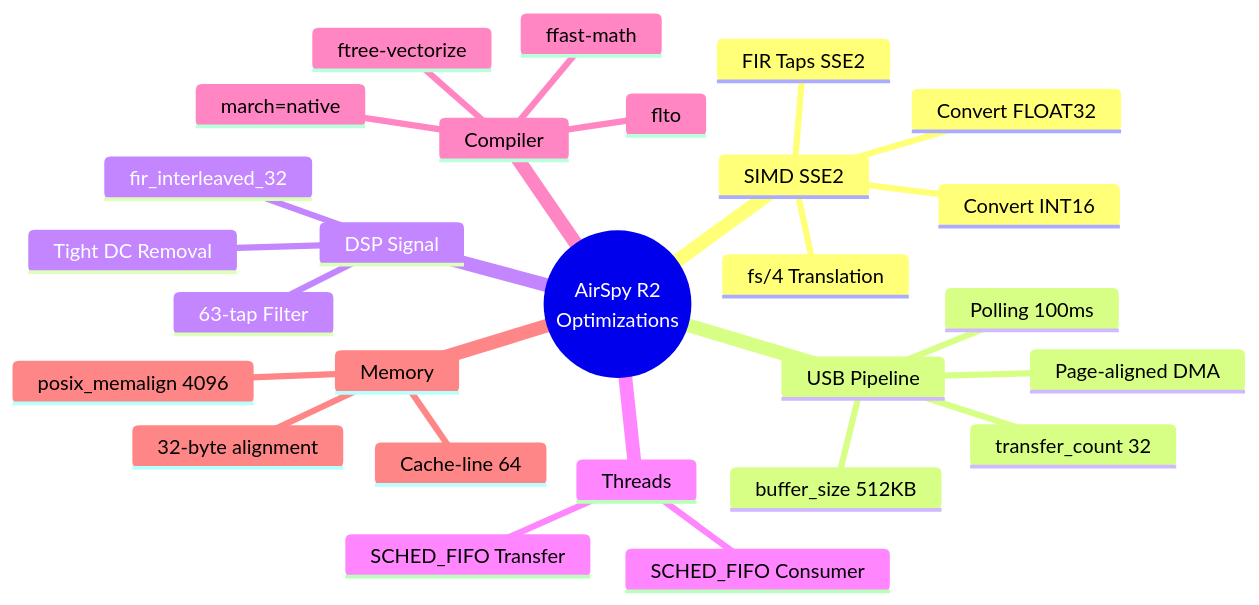
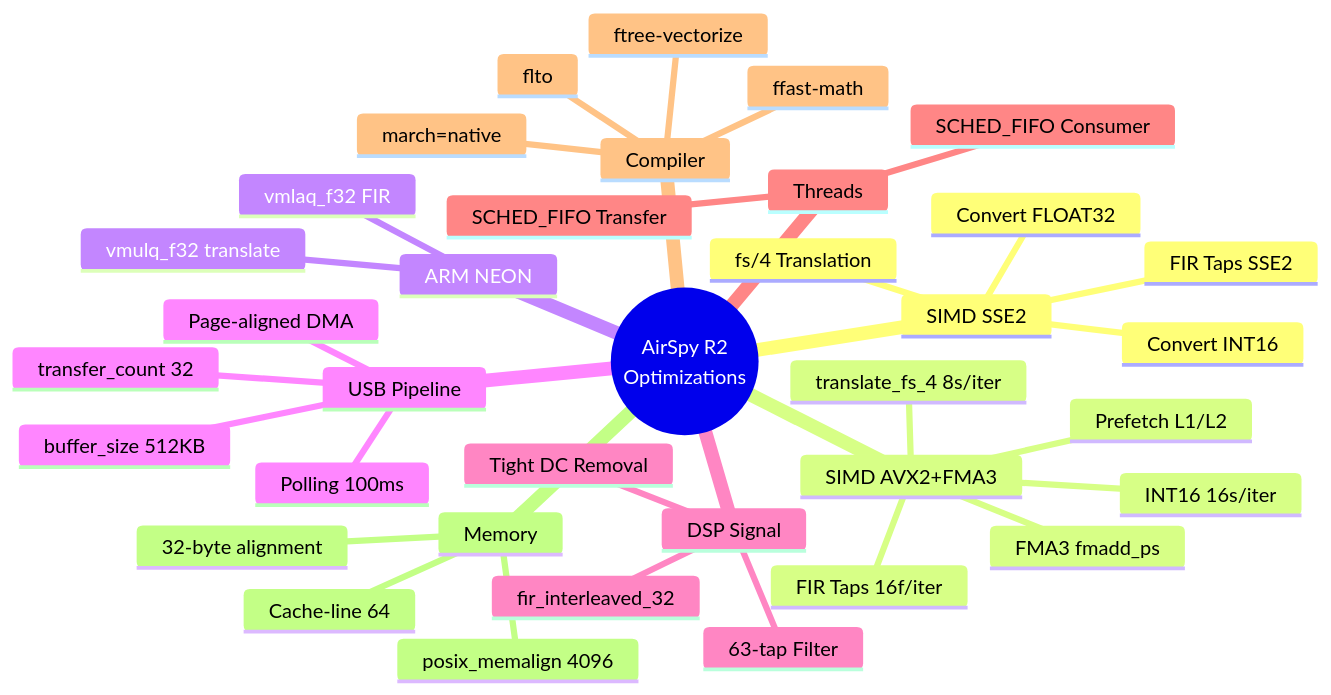
Before and after one commit to f4tnk/airspyone_host: the first of 13 diagrams in OPTIMIZATIONS-F4TNK.md, drawn with Mermaid. The commit also changed other lines of this file and 3 other files, not shown here.

First line of the commit message:
feat: AVX2+FMA3+NEON SIMD optimizations (mods 25-32)

````diff
--- a/OPTIMIZATIONS-F4TNK.md
+++ b/OPTIMIZATIONS-F4TNK.md
@@ -44,30 +50,39 @@
 ```mermaid
 mindmap
   root((AirSpy R2<br/>Optimizations))
     SIMD SSE2
       Convert INT16
       Convert FLOAT32
       fs/4 Translation
       FIR Taps SSE2
+    SIMD AVX2+FMA3
+      FIR Taps 16f/iter
+      FMA3 fmadd_ps
+      translate_fs_4 8s/iter
+      INT16 16s/iter
+      Prefetch L1/L2
+    ARM NEON
+      vmlaq_f32 FIR
+      vmulq_f32 translate
     USB Pipeline
       transfer_count 32
       buffer_size 512KB
       Polling 100ms
       Page-aligned DMA
     DSP Signal
       63-tap Filter
       Tight DC Removal
       fir_interleaved_32
     Threads
       SCHED_FIFO Consumer
       SCHED_FIFO Transfer
     Compiler
       march=native
       ffast-math
       ftree-vectorize
       flto
     Memory
       32-byte alignment
       posix_memalign 4096
       Cache-line 64
 ```
````
